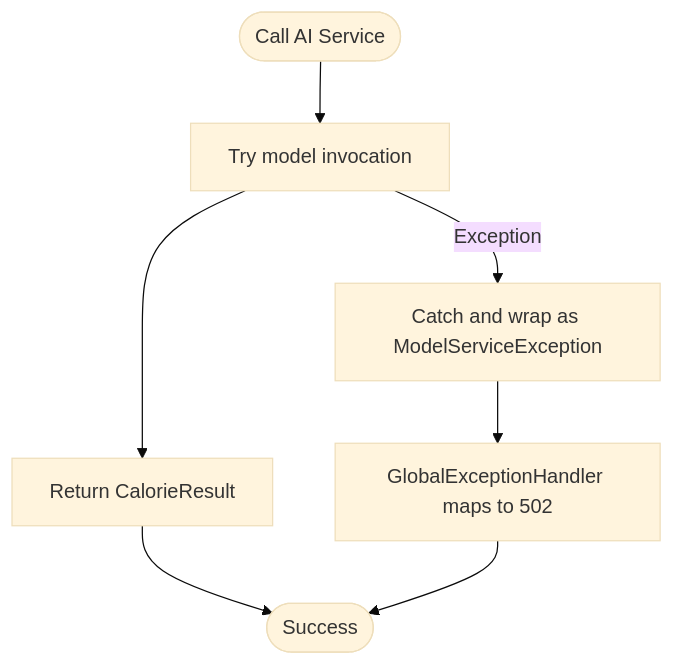
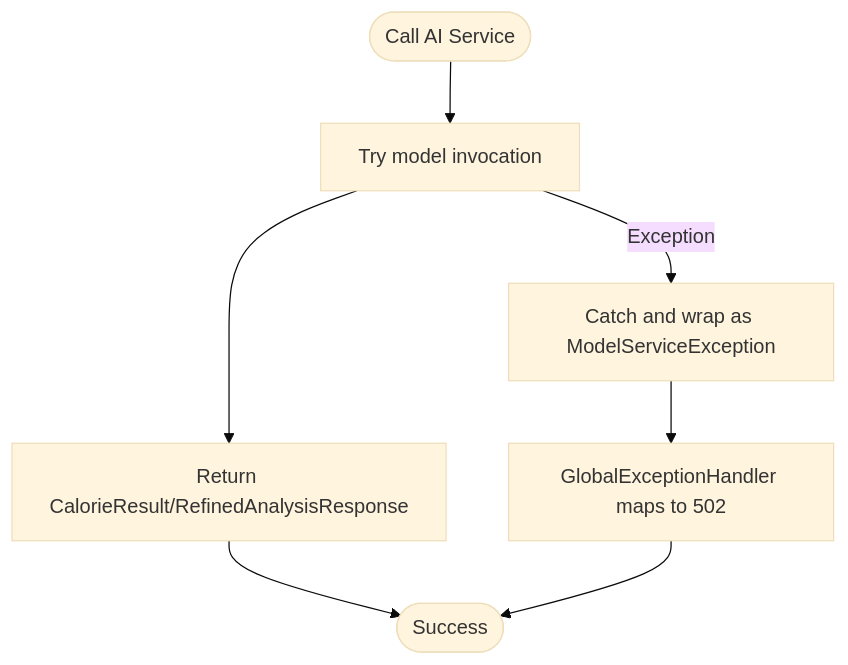
One commit to Meng-hh/heat_calculate changed the seventh of 13 diagrams in .qoder/repowiki/en/content/AI Integration.md. Above: the diagram before and after it, drawn with Mermaid (base theme). The commit also changed other lines of this file and 25 other files, not shown here.

````diff
--- a/.qoder/repowiki/en/content/AI Integration.md
+++ b/.qoder/repowiki/en/content/AI Integration.md
@@ -260,9 +270,9 @@
 ```mermaid
 flowchart TD
 Start(["Call AI Service"]) --> Try["Try model invocation"]
-Try --> Ok["Return CalorieResult"]
+Try --> Ok["Return CalorieResult/RefinedAnalysisResponse"]
 Try --> |Exception| Catch["Catch and wrap as ModelServiceException"]
 Catch --> Map["GlobalExceptionHandler maps to 502"]
 Ok --> End(["Success"])
 Map --> End
 ```
````
